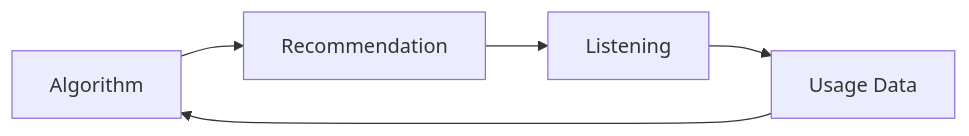
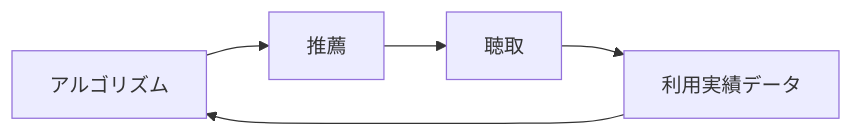
Before and after one commit to ShigeichiroYamasaki/creator-first-platform: the fifth of 11 diagrams in docs/whitepaper/02-market.md, drawn with Mermaid. The commit also changed other lines of this file and 72 other files, not shown here.

````diff
--- a/docs/whitepaper/02-market.md
+++ b/docs/whitepaper/02-market.md
@@ -190,7 +190,7 @@
 ```mermaid
 flowchart LR
-    A[Algorithm] --> R[Recommendation]
-    R --> L[Listening]
-    L --> D[Usage Data]
+    A[アルゴリズム] --> R[推薦]
+    R --> L[聴取]
+    L --> D[利用実績データ]
     D --> A
 ```
````
